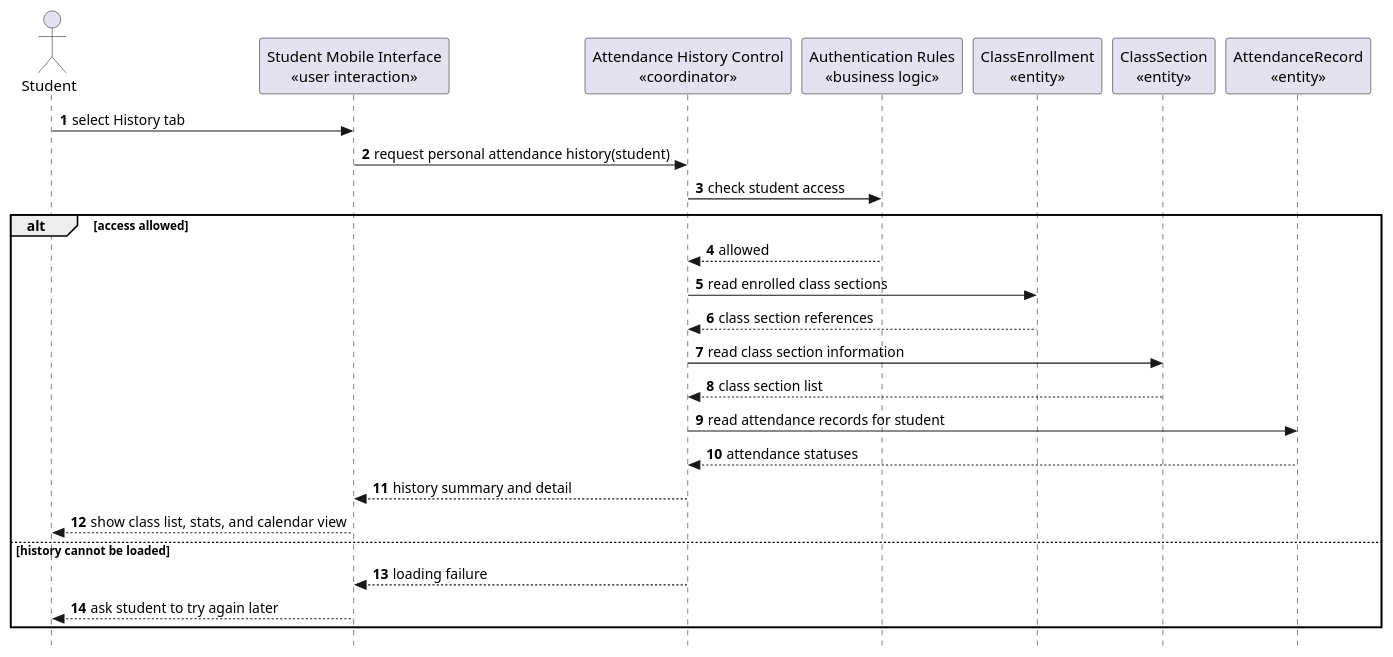
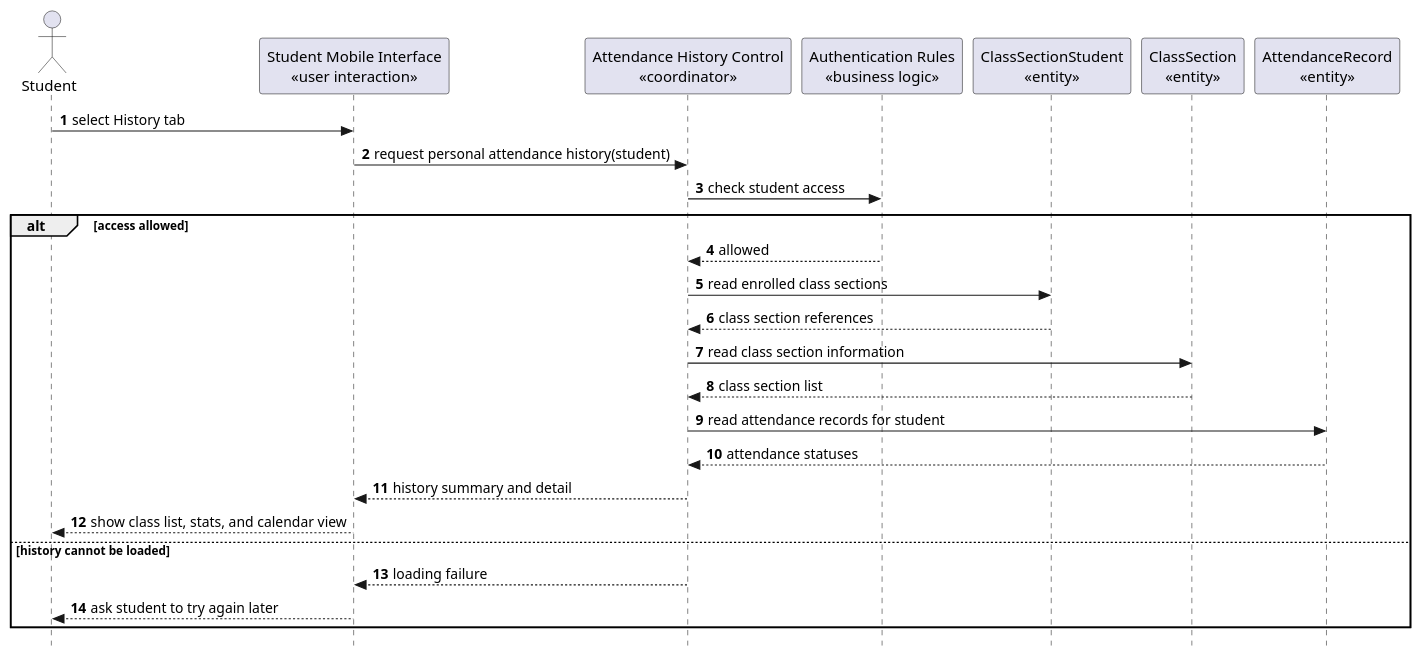
Before and after one commit to nttung42/SWD392: diagram 11 of 29 in docs/sds/2_Analysis.md, drawn with PlantUML. The commit also changed other lines of this file and 2 other files, not shown here.

````diff
--- a/docs/sds/2_Analysis.md
+++ b/docs/sds/2_Analysis.md
@@ -592,32 +600,32 @@
 ```plantuml
 @startuml
 skinparam style strictuml
 autonumber
 actor "Student" as Student
 participant "Student Mobile Interface\n«user interaction»" as StudentUI
 participant "Attendance History Control\n«coordinator»" as HistoryControl
 participant "Authentication Rules\n«business logic»" as AuthRules
-participant "ClassEnrollment\n«entity»" as ClassEnrollment
+participant "ClassSectionStudent\n«entity»" as ClassSectionStudent
 participant "ClassSection\n«entity»" as ClassSection
 participant "AttendanceRecord\n«entity»" as AttendanceRecord
 
 Student -> StudentUI : select History tab
 StudentUI -> HistoryControl : request personal attendance history(student)
 HistoryControl -> AuthRules : check student access
 
 alt access allowed
   AuthRules --> HistoryControl : allowed
-  HistoryControl -> ClassEnrollment : read enrolled class sections
-  ClassEnrollment --> HistoryControl : class section references
+  HistoryControl -> ClassSectionStudent : read enrolled class sections
+  ClassSectionStudent --> HistoryControl : class section references
   HistoryControl -> ClassSection : read class section information
   ClassSection --> HistoryControl : class section list
   HistoryControl -> AttendanceRecord : read attendance records for student
   AttendanceRecord --> HistoryControl : attendance statuses
   HistoryControl --> StudentUI : history summary and detail
   StudentUI --> Student : show class list, stats, and calendar view
 else history cannot be loaded
   HistoryControl --> StudentUI : loading failure
   StudentUI --> Student : ask student to try again later
 end
 @enduml
 ```
````
